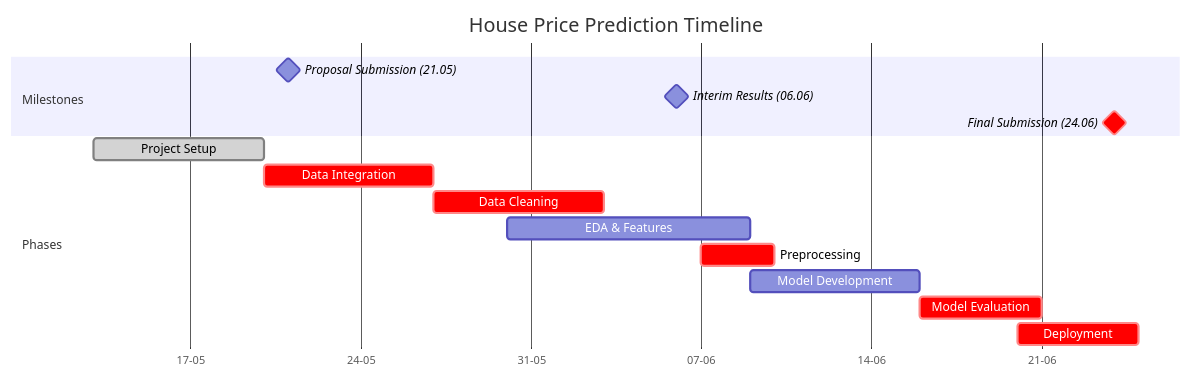
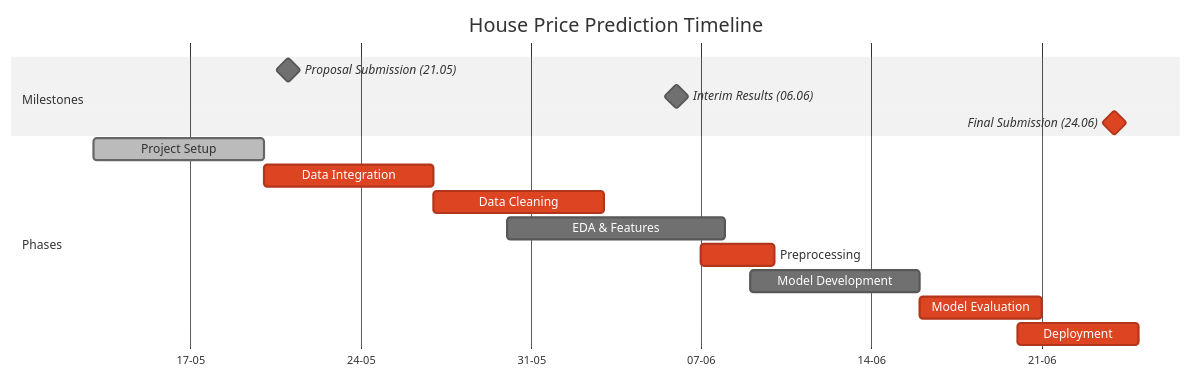
The diagram in data/documentation/soe-r/05-project-schedule-and-workpackages.qmd (ds25m025edbertolima/SOE-R-House-Price-Prediction), drawn with Mermaid before and after one commit. The commit also changed other lines of this file and 28 other files, not shown here.

````diff
--- a/data/documentation/soe-r/05-project-schedule-and-workpackages.qmd
+++ b/data/documentation/soe-r/05-project-schedule-and-workpackages.qmd
@@ -11,21 +15,25 @@
 ```{mermaid}
+---
+config:
+  theme: 'neutral'
+---
 gantt
     title House Price Prediction Timeline
     dateFormat YYYY-MM-DD
     axisFormat %d-%m
 
     section Milestones
     Proposal Submission (21.05) :milestone, m1, 2026-05-21, 0d
     Interim Results (06.06)    :milestone, m2, 2026-06-06, 0d
     Final Submission (24.06)   :crit, milestone, m4, 2026-06-24, 0d
 
     section Phases
     Project Setup      :done, wp0, 2026-05-13, 7d
     Data Integration   :crit, wp1, 2026-05-20, 7d
     Data Cleaning      :crit, wp2, 2026-05-27, 7d
-    EDA & Features     :wp3, 2026-05-30, 10d
+    EDA & Features     :wp3, 2026-05-30, 9d
     Preprocessing      :crit, wp4, 2026-06-07, 3d
     Model Development  :wp5, 2026-06-09, 7d
     Model Evaluation   :crit, wp6, 2026-06-16, 5d
     Deployment         :crit, wp7, 2026-06-20, 5d
 ```
````
